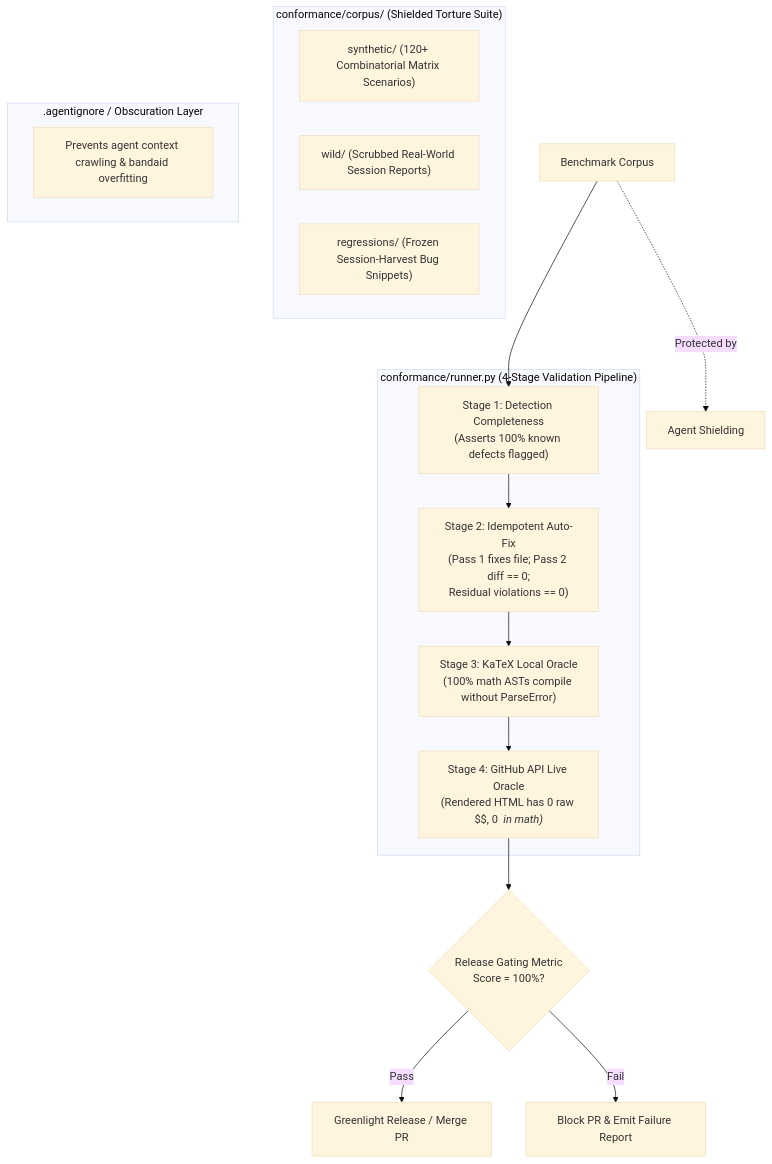
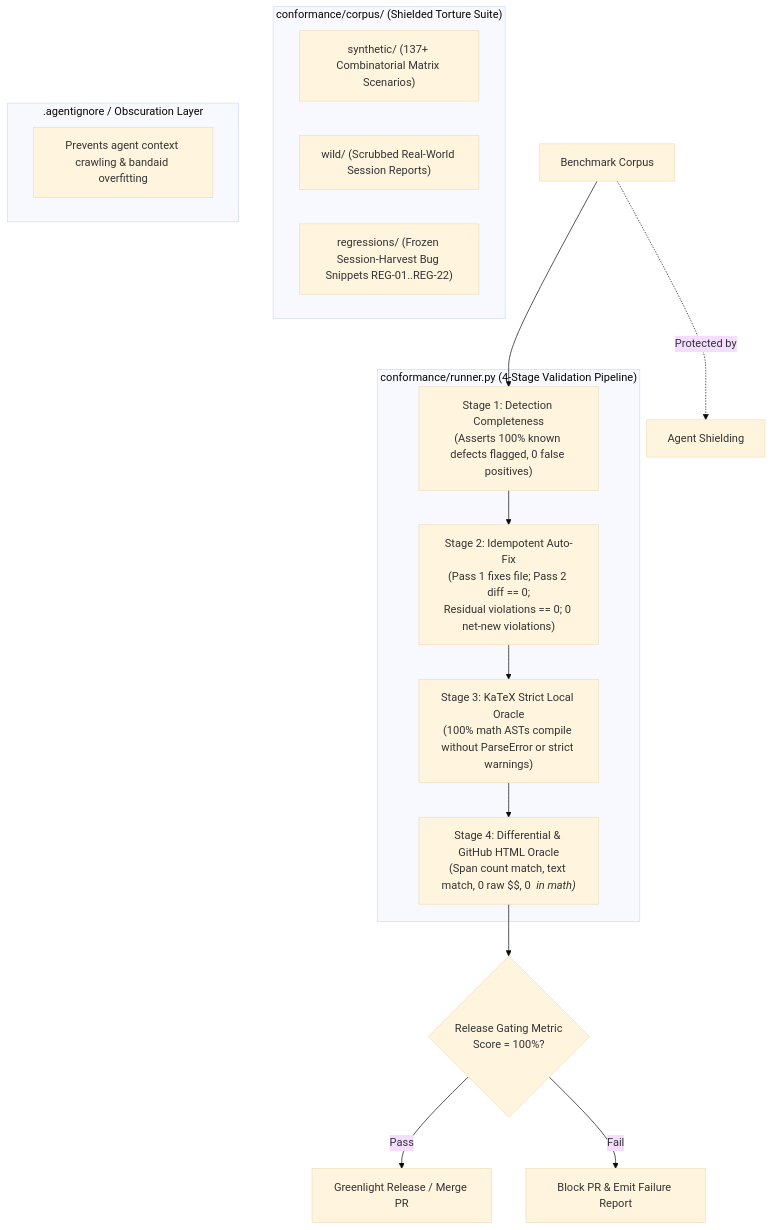
Before and after one commit to jacobhammond/gfm-math-lint: the third of 5 diagrams in ROADMAP.md, drawn with Mermaid (base theme). The commit also changed other lines of this file, not shown here.

Commit message:
updating roadmap with retrospective

````diff
--- a/ROADMAP.md
+++ b/ROADMAP.md
@@ -218,28 +290,28 @@
 ```mermaid
 flowchart TD
     subgraph Benchmark Corpus ["conformance/corpus/ (Shielded Torture Suite)"]
-        SYN["synthetic/ (120+ Combinatorial Matrix Scenarios)"]
+        SYN["synthetic/ (137+ Combinatorial Matrix Scenarios)"]
         WILD["wild/ (Scrubbed Real-World Session Reports)"]
-        REG["regressions/ (Frozen Session-Harvest Bug Snippets)"]
+        REG["regressions/ (Frozen Session-Harvest Bug Snippets REG-01..REG-22)"]
     end
 
     subgraph Agent Shielding [".agentignore / Obscuration Layer"]
         SHIELD["Prevents agent context crawling & bandaid overfitting"]
     end
 
     subgraph The Crucible ["conformance/runner.py (4-Stage Validation Pipeline)"]
-        ST1["Stage 1: Detection Completeness<br/>(Asserts 100% known defects flagged)"]
-        ST2["Stage 2: Idempotent Auto-Fix<br/>(Pass 1 fixes file; Pass 2 diff == 0;<br/>Residual violations == 0)"]
-        ST3["Stage 3: KaTeX Local Oracle<br/>(100% math ASTs compile without ParseError)"]
-        ST4["Stage 4: GitHub API Live Oracle<br/>(Rendered HTML has 0 raw $$, 0 <em> in math)"]
+        ST1["Stage 1: Detection Completeness<br/>(Asserts 100% known defects flagged, 0 false positives)"]
+        ST2["Stage 2: Idempotent Auto-Fix<br/>(Pass 1 fixes file; Pass 2 diff == 0;<br/>Residual violations == 0; 0 net-new violations)"]
+        ST3["Stage 3: KaTeX Strict Local Oracle<br/>(100% math ASTs compile without ParseError or strict warnings)"]
+        ST4["Stage 4: Differential & GitHub HTML Oracle<br/>(Span count match, text match, 0 raw $$, 0 <em> in math)"]
     end
 
     BC["Benchmark Corpus"] -. Protected by .-> AS["Agent Shielding"]
     BC --> ST1
     ST1 --> ST2
     ST2 --> ST3
     ST3 --> ST4
     ST4 --> GATE{"Release Gating Metric<br/>Score = 100%?"}
     GATE -- "Pass" --> SHIP["Greenlight Release / Merge PR"]
     GATE -- "Fail" --> BLOCK["Block PR & Emit Failure Report"]
 ```
````
